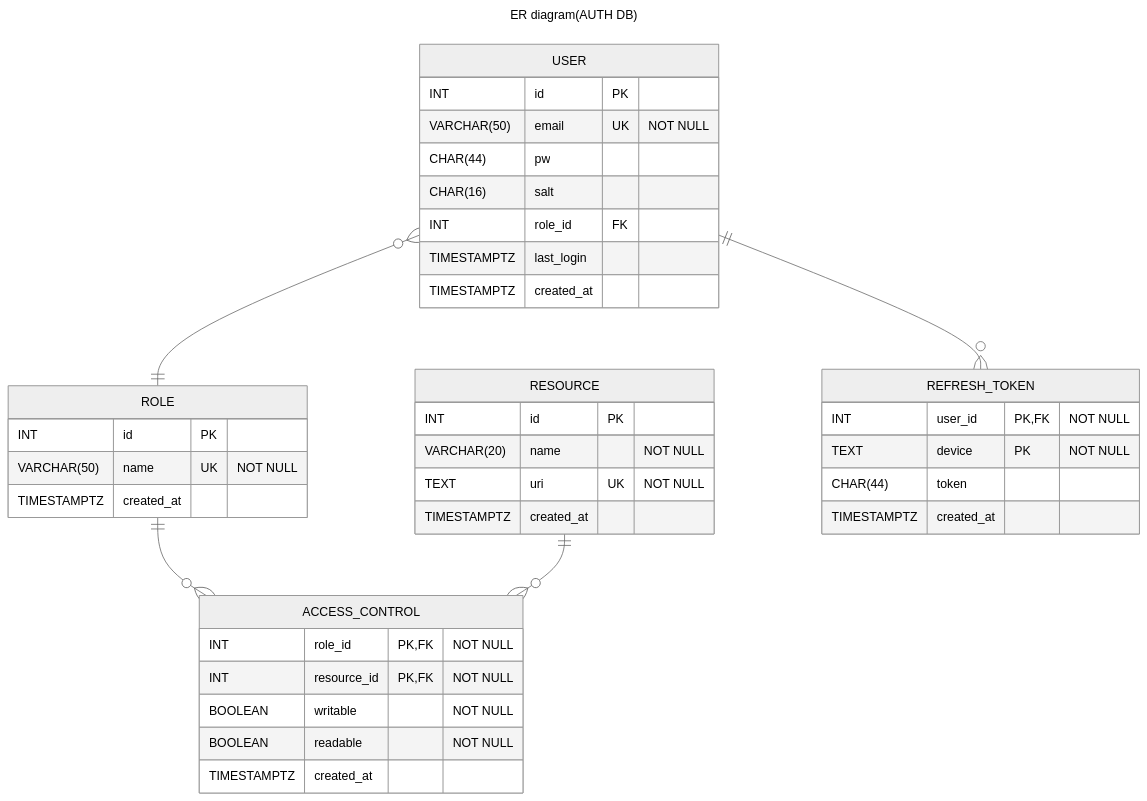
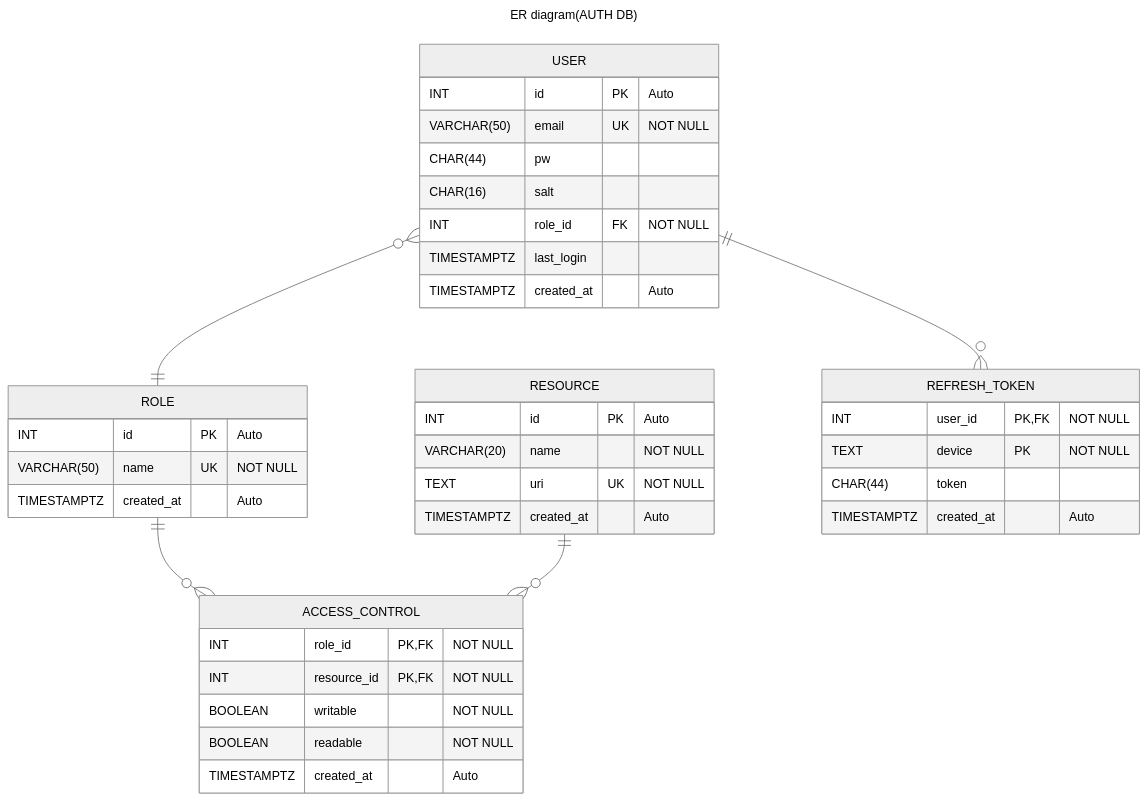
The first of 2 diagrams in database_ER_diagrams.md (junekimdev/boilerplate-node-api), drawn with Mermaid (neutral theme) before and after one commit. The commit also changed other lines of this file and 1 other file, not shown here.

Commit message:
Add NOT NULL attr for `role_id` in `userpool`
- Update ER diagram

````diff
--- a/database_ER_diagrams.md
+++ b/database_ER_diagrams.md
@@ -7,50 +7,50 @@
 ```mermaid
 ---
 title: ER diagram(AUTH DB)
 ---
 erDiagram
 
 ROLE {
-  INT id PK
+  INT id PK "Auto"
   VARCHAR(50) name UK "NOT NULL"
-  TIMESTAMPTZ created_at
+  TIMESTAMPTZ created_at "Auto"
 }
 
 RESOURCE {
-  INT id PK
+  INT id PK "Auto"
   VARCHAR(20) name "NOT NULL"
   TEXT uri UK "NOT NULL"
-  TIMESTAMPTZ created_at
+  TIMESTAMPTZ created_at "Auto"
 }
 
 ACCESS_CONTROL {
   INT role_id PK, FK "NOT NULL"
   INT resource_id PK, FK "NOT NULL"
   BOOLEAN writable "NOT NULL"
   BOOLEAN readable "NOT NULL"
-  TIMESTAMPTZ created_at
+  TIMESTAMPTZ created_at "Auto"
 }
 
 USER {
-  INT id PK
+  INT id PK "Auto"
   VARCHAR(50) email UK "NOT NULL"
   CHAR(44) pw
   CHAR(16) salt
-  INT role_id FK
+  INT role_id FK "NOT NULL"
   TIMESTAMPTZ last_login
-  TIMESTAMPTZ created_at
+  TIMESTAMPTZ created_at "Auto"
 }
 
 REFRESH_TOKEN {
   INT user_id PK, FK "NOT NULL"
   TEXT device PK "NOT NULL"
   CHAR(44) token
-  TIMESTAMPTZ created_at
+  TIMESTAMPTZ created_at "Auto"
 }
 
 ROLE ||--o{ ACCESS_CONTROL : ""
 RESOURCE ||--o{ ACCESS_CONTROL : ""
 
 USER }o--|| ROLE : ""
 USER ||--o{ REFRESH_TOKEN : ""
 ```
````
